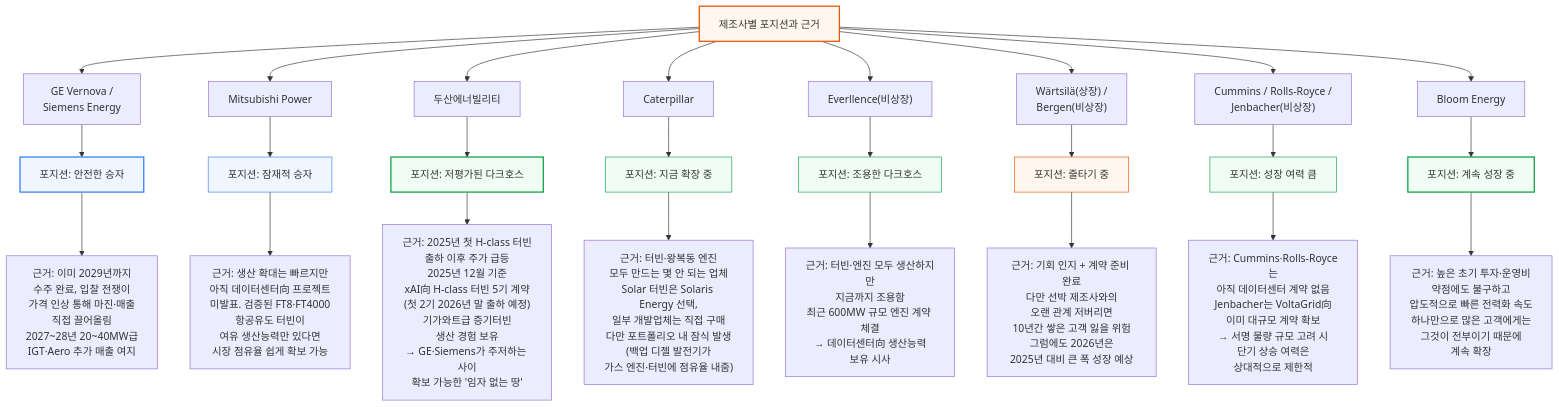
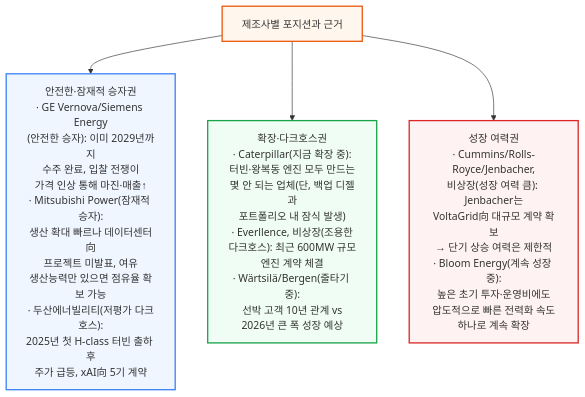
Before and after one commit to yohan4477/semi-report: diagram 33 of 34 in 원본 해석/[251231] AI 랩들은 어떻게 전력난을 해결하는가 - 온사이트 가스 딥다이브.md, drawn with Mermaid. The commit also changed other lines of this file, not shown here.

First line of the commit message:
Fix all remaining diagram width violations in onsite gas doc (v14.0)

````diff
--- a/원본 해석/[251231] AI 랩들은 어떻게 전력난을 해결하는가 - 온사이트 가스 딥다이브.md
+++ b/원본 해석/[251231] AI 랩들은 어떻게 전력난을 해결하는가 - 온사이트 가스 딥다이브.md
@@ -1059,45 +970,11 @@
 ```mermaid
 flowchart TD
-    Position["제조사별 포지션과 근거"] --> P1["GE Vernova /<br/>Siemens Energy"]
-    Position --> P2["Mitsubishi Power"]
-    Position --> P3["두산에너빌리티"]
-    Position --> P4["Caterpillar"]
-    Position --> P5["Everllence(비상장)"]
-    Position --> P6["Wärtsilä(상장) /<br/>Bergen(비상장)"]
-    Position --> P7["Cummins / Rolls-Royce /<br/>Jenbacher(비상장)"]
-    Position --> P8["Bloom Energy"]
-
-    P1 --> P1Pos["포지션: 안전한 승자"]
-    P1Pos --> P1Reason["근거: 이미 2029년까지<br/>수주 완료, 입찰 전쟁이<br/>가격 인상 통해 마진·매출<br/>직접 끌어올림<br/>2027~28년 20~40MW급<br/>IGT·Aero 추가 매출 여지"]
-
-    P2 --> P2Pos["포지션: 잠재적 승자"]
-    P2Pos --> P2Reason["근거: 생산 확대는 빠르지만<br/>아직 데이터센터向 프로젝트<br/>미발표. 검증된 FT8·FT4000<br/>항공유도 터빈이<br/>여유 생산능력만 있다면<br/>시장 점유율 쉽게 확보 가능"]
-
-    P3 --> P3Pos["포지션: 저평가된 다크호스"]
-    P3Pos --> P3Reason["근거: 2025년 첫 H-class 터빈<br/>출하 이후 주가 급등<br/>2025년 12월 기준<br/>xAI向 H-class 터빈 5기 계약<br/>(첫 2기 2026년 말 출하 예정)<br/>기가와트급 증기터빈<br/>생산 경험 보유<br/>→ GE·Siemens가 주저하는 사이<br/>확보 가능한 '임자 없는 땅'"]
-
-    P4 --> P4Pos["포지션: 지금 확장 중"]
-    P4Pos --> P4Reason["근거: 터빈·왕복동 엔진<br/>모두 만드는 몇 안 되는 업체<br/>Solar 터빈은 Solaris Energy 선택,<br/>일부 개발업체는 직접 구매<br/>다만 포트폴리오 내 잠식 발생<br/>(백업 디젤 발전기가<br/>가스 엔진·터빈에 점유율 내줌)"]
-
-    P5 --> P5Pos["포지션: 조용한 다크호스"]
-    P5Pos --> P5Reason["근거: 터빈·엔진 모두 생산하지만<br/>지금까지 조용함<br/>최근 600MW 규모 엔진 계약 체결<br/>→ 데이터센터向 생산능력<br/>보유 시사"]
-
-    P6 --> P6Pos["포지션: 줄타기 중"]
-    P6Pos --> P6Reason["근거: 기회 인지 + 계약 준비 완료<br/>다만 선박 제조사와의<br/>오랜 관계 저버리면<br/>10년간 쌓은 고객 잃을 위험<br/>그럼에도 2026년은<br/>2025년 대비 큰 폭 성장 예상"]
-
-    P7 --> P7Pos["포지션: 성장 여력 큼"]
-    P7Pos --> P7Reason["근거: Cummins·Rolls-Royce는<br/>아직 데이터센터 계약 없음<br/>Jenbacher는 VoltaGrid向<br/>이미 대규모 계약 확보<br/>→ 서명 물량 규모 고려 시<br/>단기 상승 여력은<br/>상대적으로 제한적"]
-
-    P8 --> P8Pos["포지션: 계속 성장 중"]
-    P8Pos --> P8Reason["근거: 높은 초기 투자·운영비<br/>약점에도 불구하고<br/>압도적으로 빠른 전력화 속도<br/>하나만으로 많은 고객에게는<br/>그것이 전부이기 때문에<br/>계속 확장"]
+    Position["제조사별 포지션과 근거"] --> GroupA["안전한·잠재적 승자권<br/>· GE Vernova/Siemens Energy<br/>(안전한 승자): 이미 2029년까지<br/>수주 완료, 입찰 전쟁이<br/>가격 인상 통해 마진·매출↑<br/>· Mitsubishi Power(잠재적 승자):<br/>생산 확대 빠르나 데이터센터向<br/>프로젝트 미발표, 여유<br/>생산능력만 있으면 점유율 확보 가능<br/>· 두산에너빌리티(저평가 다크호스):<br/>2025년 첫 H-class 터빈 출하 후<br/>주가 급등, xAI向 5기 계약"]
+    Position --> GroupB["확장·다크호스권<br/>· Caterpillar(지금 확장 중):<br/>터빈·왕복동 엔진 모두 만드는<br/>몇 안 되는 업체(단, 백업 디젤과<br/>포트폴리오 내 잠식 발생)<br/>· Everllence, 비상장(조용한<br/>다크호스): 최근 600MW 규모<br/>엔진 계약 체결<br/>· Wärtsilä/Bergen(줄타기 중):<br/>선박 고객 10년 관계 vs<br/>2026년 큰 폭 성장 예상"]
+    Position --> GroupC["성장 여력권<br/>· Cummins/Rolls-Royce/Jenbacher,<br/>비상장(성장 여력 큼): Jenbacher는<br/>VoltaGrid向 대규모 계약 확보<br/>→ 단기 상승 여력은 제한적<br/>· Bloom Energy(계속 성장 중):<br/>높은 초기 투자·운영비에도<br/>압도적으로 빠른 전력화 속도<br/>하나로 계속 확장"]
 
     style Position fill:#fff7ed,stroke:#ea580c,stroke-width:2px
-    style P1Pos fill:#eff6ff,stroke:#3b82f6,stroke-width:2px
-    style P2Pos fill:#eff6ff,stroke:#3b82f6
-    style P3Pos fill:#f0fdf4,stroke:#16a34a,stroke-width:2px
-    style P4Pos fill:#f0fdf4,stroke:#16a34a
-    style P5Pos fill:#f0fdf4,stroke:#16a34a
-    style P6Pos fill:#fff7ed,stroke:#ea580c
-    style P7Pos fill:#f0fdf4,stroke:#16a34a
-    style P8Pos fill:#f0fdf4,stroke:#16a34a,stroke-width:2px
+    style GroupA fill:#eff6ff,stroke:#3b82f6,stroke-width:2px
+    style GroupB fill:#f0fdf4,stroke:#16a34a,stroke-width:2px
+    style GroupC fill:#fef2f2,stroke:#dc2626,stroke-width:2px
 ```
````
